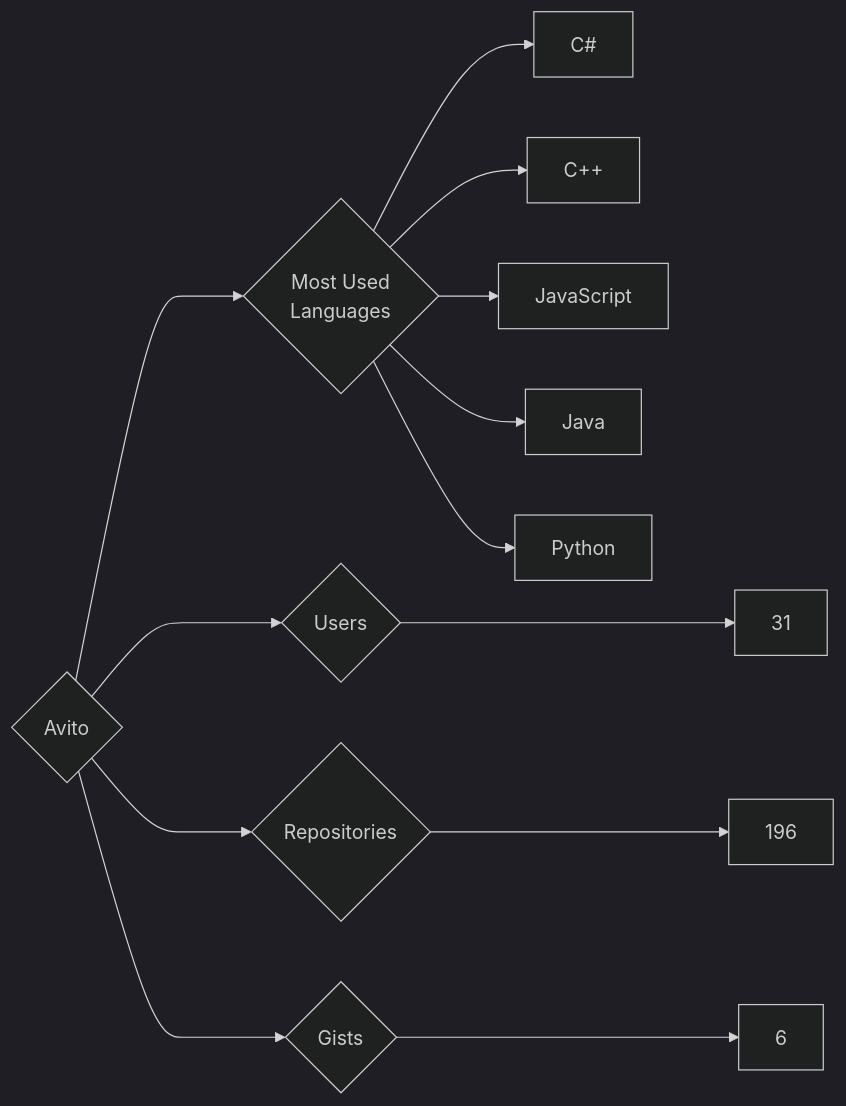
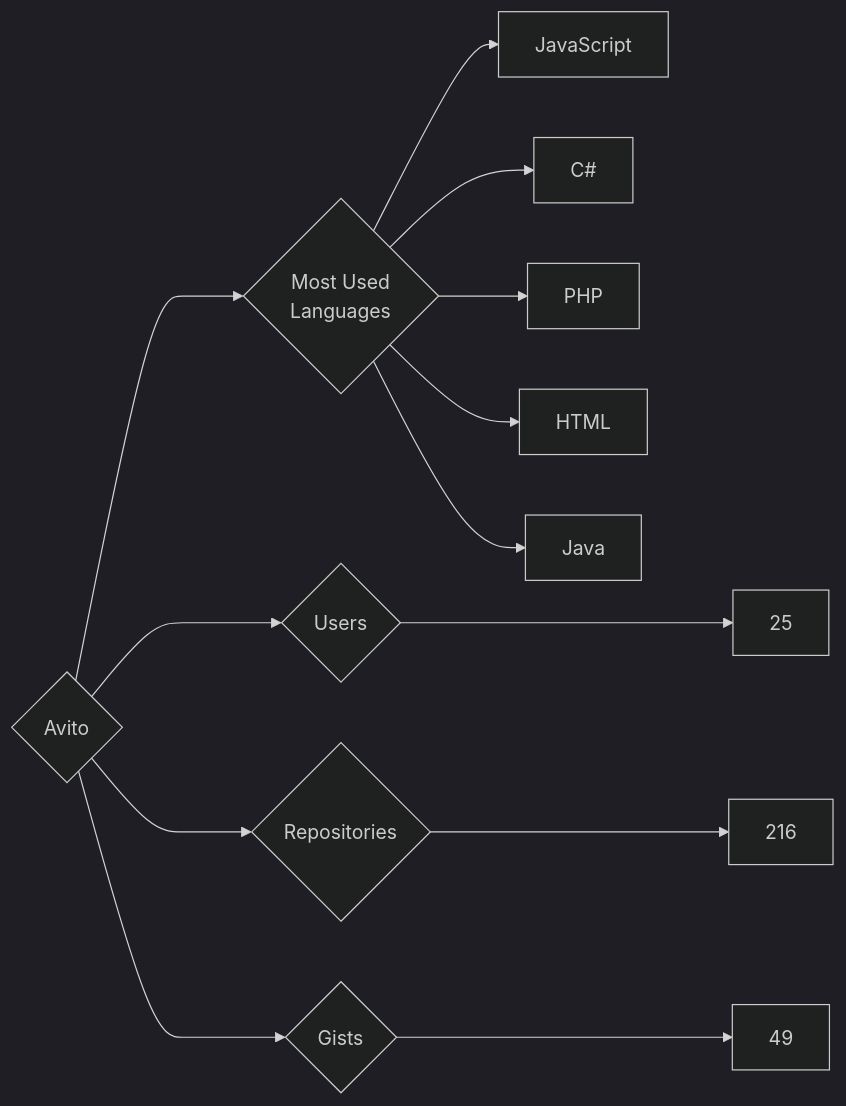
Before and after one commit to trickest/insiders: the diagram in targets/Avito/README.md, drawn with Mermaid (dark theme). The commit also changed 930 other files, not shown here.

````diff
--- a/targets/Avito/README.md
+++ b/targets/Avito/README.md
@@ -3,13 +3,13 @@
 ```mermaid
 graph LR
 COMPANY_NAME{Avito}
-COMPANY_NAME ---> U{Users} ---> UN[31]
-COMPANY_NAME ---> R{Repositories} ---> RN[196]
-COMPANY_NAME ---> G{Gists} ---> GN[6]
+COMPANY_NAME ---> U{Users} ---> UN[25]
+COMPANY_NAME ---> R{Repositories} ---> RN[216]
+COMPANY_NAME ---> G{Gists} ---> GN[49]
 COMPANY_NAME ---> ML{Most Used<br>Languages}
+ML --> JavaScript[JavaScript]
 ML --> C#[C#]
-ML --> C++[C++]
-ML --> JavaScript[JavaScript]
+ML --> PHP[PHP]
+ML --> HTML[HTML]
 ML --> Java[Java]
-ML --> Python[Python]
 ```
````
